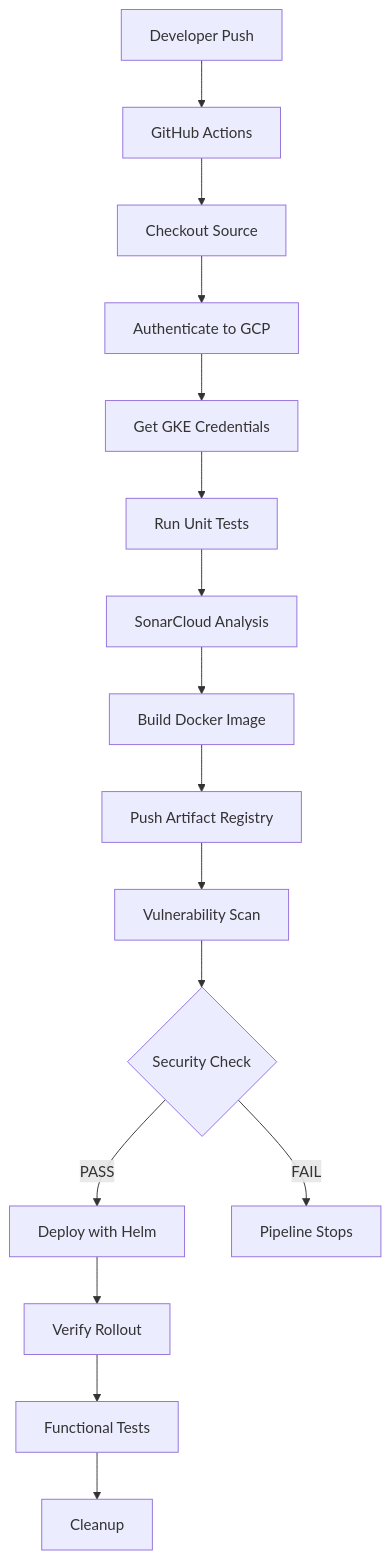
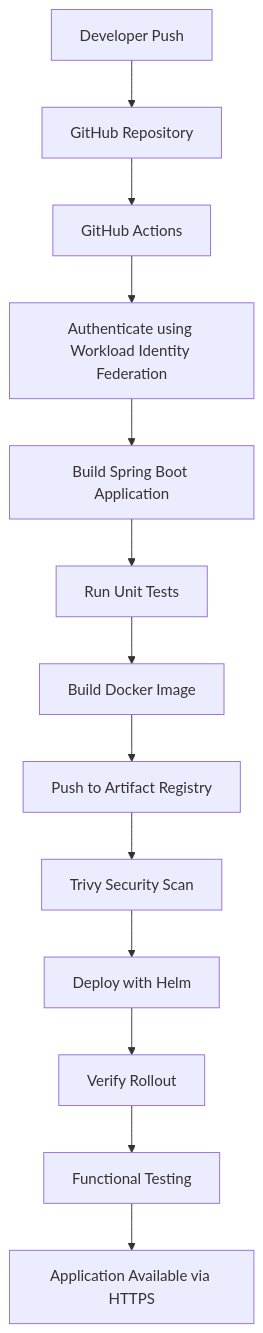
The diagram in docs/06-github-actions-pipeline.md (ssavaniya/gke-wif-deployment), drawn with Mermaid before and after one commit. The commit also changed other lines of this file and 21 other files, not shown here.

````diff
--- a/docs/06-github-actions-pipeline.md
+++ b/docs/06-github-actions-pipeline.md
@@ -36,33 +34,27 @@
 ```mermaid
 flowchart TD
 
-A[Developer Push] --> B[GitHub Actions]
+A[Developer Push] --> B[GitHub Repository]
 
-B --> C[Checkout Source]
+B --> C[GitHub Actions]
 
-C --> D[Authenticate to GCP]
+C --> D[Authenticate using Workload Identity Federation]
 
-D --> E[Get GKE Credentials]
+D --> E[Build Spring Boot Application]
 
 E --> F[Run Unit Tests]
 
-F --> G[SonarCloud Analysis]
+F --> G[Build Docker Image]
 
-G --> H[Build Docker Image]
+G --> H[Push to Artifact Registry]
 
-H --> I[Push Artifact Registry]
+H --> I[Trivy Security Scan]
 
-I --> J[Vulnerability Scan]
+I --> J[Deploy with Helm]
 
-J --> K{Security Check}
+J --> K[Verify Rollout]
 
-K -->|PASS| L[Deploy with Helm]
+K --> L[Functional Testing]
 
-K -->|FAIL| X[Pipeline Stops]
-
-L --> M[Verify Rollout]
-
-M --> N[Functional Tests]
-
-N --> O[Cleanup]
+L --> M[Application Available via HTTPS]
 ```
````
